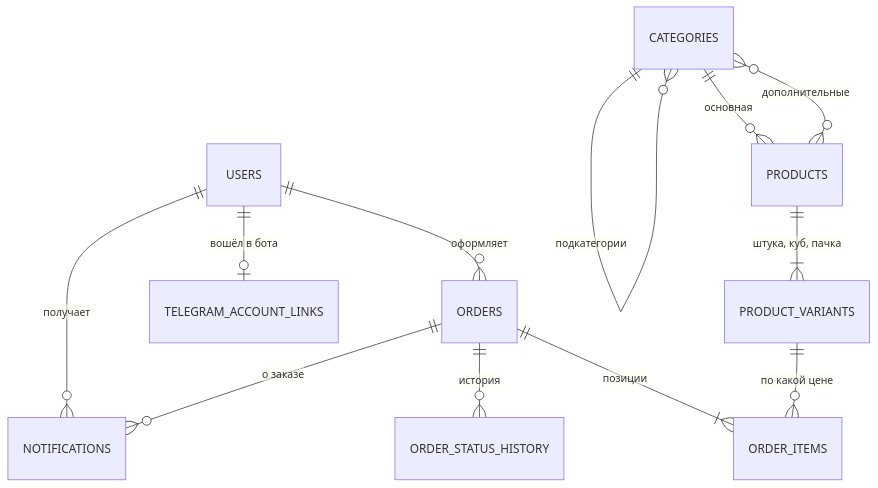
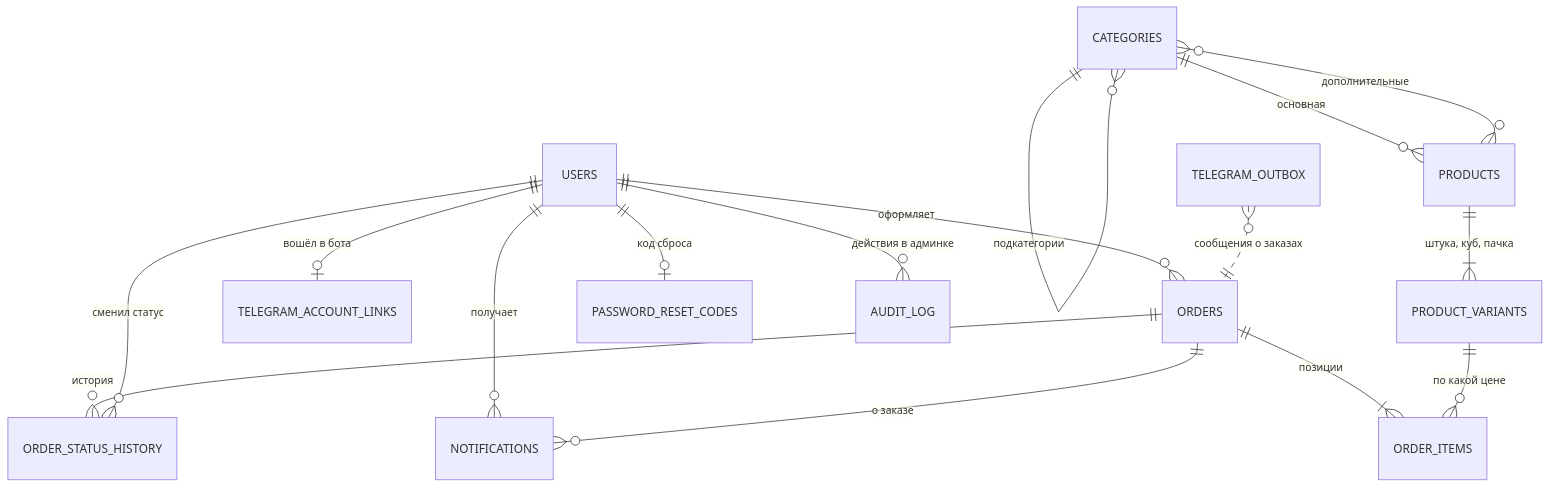
The second of 2 diagrams in README.md (haz2007/-Builder-s-Friend-), drawn with Mermaid before and after one commit. The commit also changed other lines of this file and 44 other files, not shown here.

First line of the commit message:
Add password reset, delivery and returns page, outbox, audit log, monitoring

````diff
--- a/README.md
+++ b/README.md
@@ -111,14 +115,18 @@
 ```mermaid
 erDiagram
     USERS ||--o{ ORDERS : "оформляет"
     USERS ||--o| TELEGRAM_ACCOUNT_LINKS : "вошёл в бота"
     USERS ||--o{ NOTIFICATIONS : "получает"
     CATEGORIES ||--o{ CATEGORIES : "подкатегории"
     CATEGORIES ||--o{ PRODUCTS : "основная"
     PRODUCTS }o--o{ CATEGORIES : "дополнительные"
     PRODUCTS ||--|{ PRODUCT_VARIANTS : "штука, куб, пачка"
     ORDERS ||--|{ ORDER_ITEMS : "позиции"
     PRODUCT_VARIANTS ||--o{ ORDER_ITEMS : "по какой цене"
     ORDERS ||--o{ ORDER_STATUS_HISTORY : "история"
     ORDERS ||--o{ NOTIFICATIONS : "о заказе"
+    USERS ||--o{ ORDER_STATUS_HISTORY : "сменил статус"
+    USERS ||--o| PASSWORD_RESET_CODES : "код сброса"
+    USERS ||--o{ AUDIT_LOG : "действия в админке"
+    TELEGRAM_OUTBOX }o..|| ORDERS : "сообщения о заказах"
 ```
````
